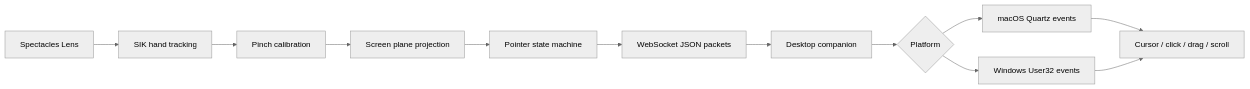
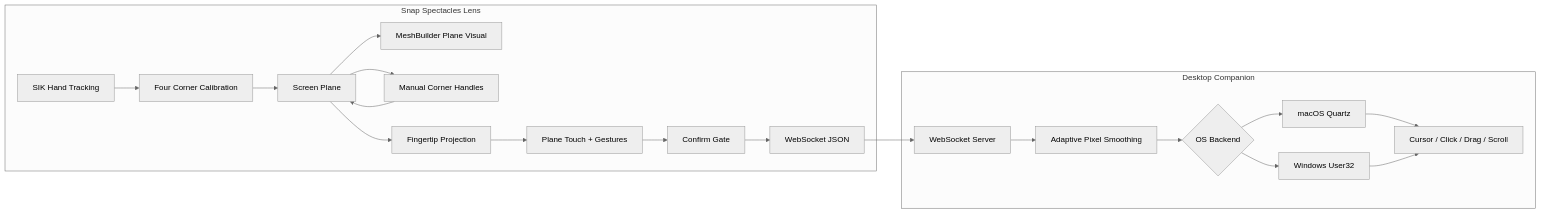
One commit to kgediya/airtouch-spectacles changed the diagram in README.md. Above: the diagram before and after it, drawn with Mermaid (neutral theme). The commit also changed other lines of this file, not shown here.

First line of the commit message:
Rewrite AirTouch README

````diff
--- a/README.md
+++ b/README.md
@@ -38,14 +71,24 @@
 ```mermaid
 flowchart LR
-  A[Spectacles Lens] --> B[SIK hand tracking]
-  B --> C[Pinch calibration]
-  C --> D[Screen plane projection]
-  D --> E[Pointer state machine]
-  E --> F[WebSocket JSON packets]
-  F --> G[Desktop companion]
-  G --> H{Platform}
-  H --> I[macOS Quartz events]
-  H --> J[Windows User32 events]
-  I --> K[Cursor / click / drag / scroll]
-  J --> K
+  subgraph Lens["Snap Spectacles Lens"]
+    A[SIK Hand Tracking] --> B[Four Corner Calibration]
+    B --> C[Screen Plane]
+    C --> D[MeshBuilder Plane Visual]
+    C --> E[Manual Corner Handles]
+    E --> C
+    C --> F[Fingertip Projection]
+    F --> G[Plane Touch + Gestures]
+    G --> H[Confirm Gate]
+    H --> I[WebSocket JSON]
+  end
+
+  subgraph Desktop["Desktop Companion"]
+    I --> J[WebSocket Server]
+    J --> K[Adaptive Pixel Smoothing]
+    K --> L{OS Backend}
+    L --> M[macOS Quartz]
+    L --> N[Windows User32]
+    M --> O[Cursor / Click / Drag / Scroll]
+    N --> O
+  end
 ```
````
